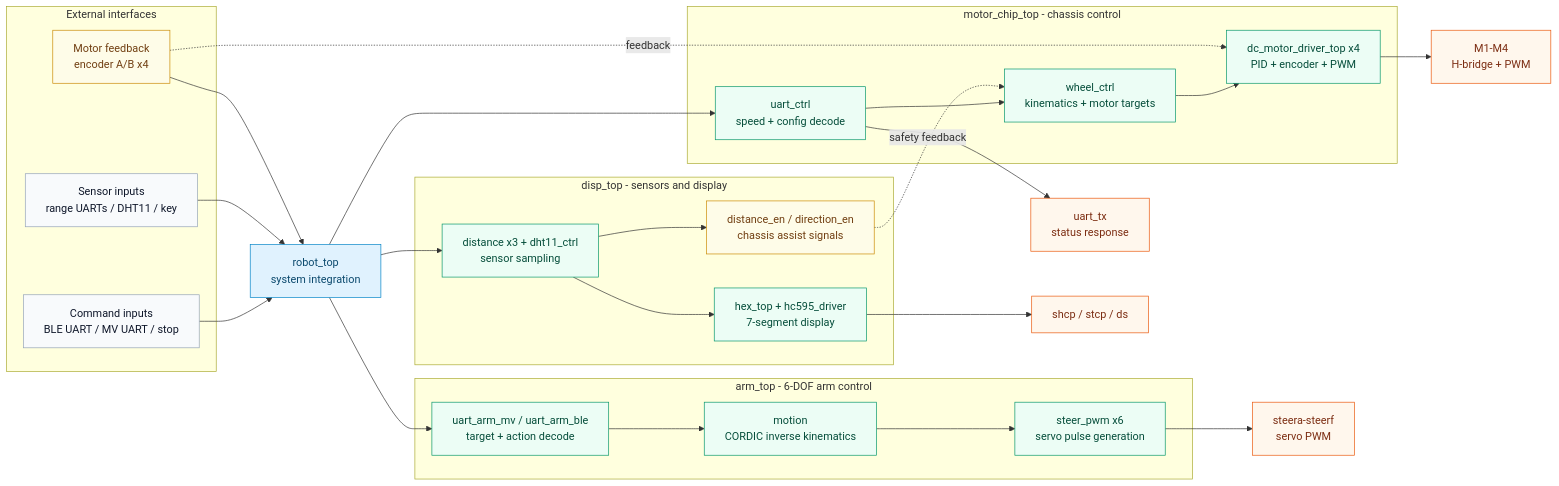
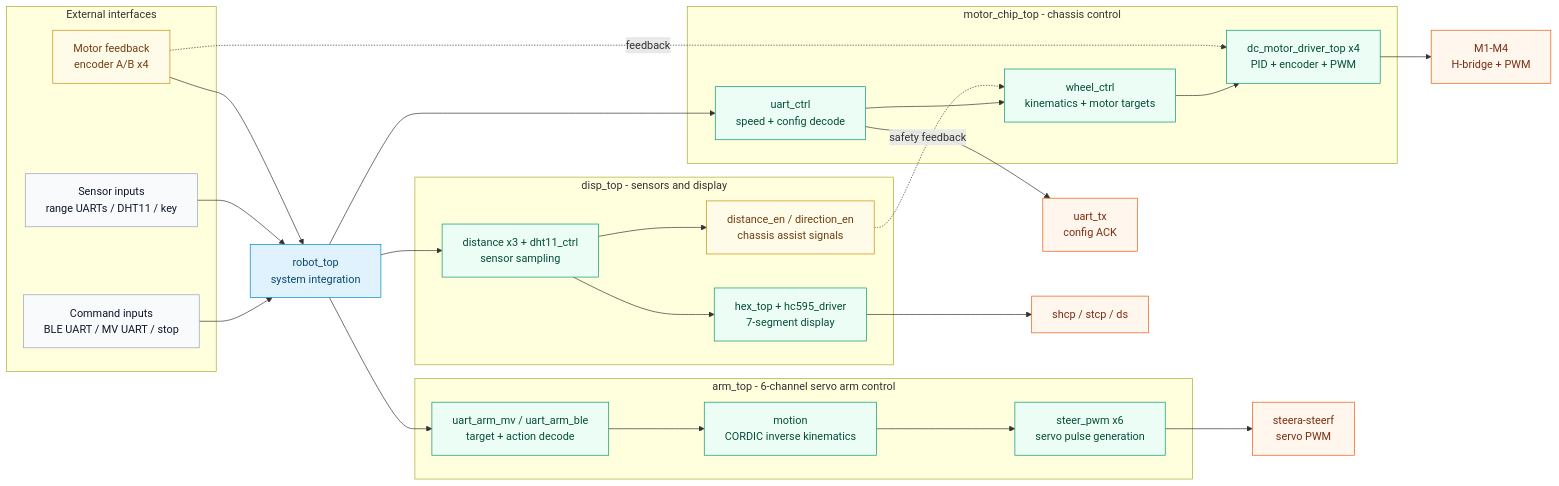
Before and after one commit to yifeistarwang-coder/RoboMotion-FPGA: the diagram in README.md, drawn with Mermaid. The commit also changed other lines of this file and 1 other file, not shown here.

````diff
--- a/README.md
+++ b/README.md
@@ -70,61 +70,61 @@
 ```mermaid
 flowchart LR
   classDef external fill:#f8fafc,stroke:#94a3b8,color:#0f172a;
   classDef top fill:#e0f2fe,stroke:#0284c7,color:#0c4a6e;
   classDef core fill:#ecfdf5,stroke:#059669,color:#064e3b;
   classDef output fill:#fff7ed,stroke:#ea580c,color:#7c2d12;
   classDef feedback fill:#fefce8,stroke:#ca8a04,color:#713f12;
 
   subgraph IN["External interfaces"]
     command_in["Command inputs<br/>BLE UART / MV UART / stop"]
     sensor_in["Sensor inputs<br/>range UARTs / DHT11 / key"]
     enc["Motor feedback<br/>encoder A/B x4"]
   end
 
   robot_top["robot_top<br/>system integration"]
 
   subgraph CHASSIS["motor_chip_top - chassis control"]
     chassis_uart["uart_ctrl<br/>speed + config decode"]
     wheel_ctrl["wheel_ctrl<br/>kinematics + motor targets"]
     motor_driver["dc_motor_driver_top x4<br/>PID + encoder + PWM"]
   end
 
-  subgraph ARM["arm_top - 6-DOF arm control"]
+  subgraph ARM["arm_top - 6-channel servo arm control"]
     arm_uart["uart_arm_mv / uart_arm_ble<br/>target + action decode"]
     arm_motion["motion<br/>CORDIC inverse kinematics"]
     servo_pwm["steer_pwm x6<br/>servo pulse generation"]
   end
 
   subgraph DISPLAY["disp_top - sensors and display"]
     sensing["distance x3 + dht11_ctrl<br/>sensor sampling"]
     display["hex_top + hc595_driver<br/>7-segment display"]
     guard["distance_en / direction_en<br/>chassis assist signals"]
   end
 
   command_in --> robot_top
   sensor_in --> robot_top
   enc --> robot_top
 
   robot_top --> chassis_uart
   chassis_uart --> wheel_ctrl
   wheel_ctrl --> motor_driver
   motor_driver --> motors["M1-M4<br/>H-bridge + PWM"]
   enc -. feedback .-> motor_driver
-  chassis_uart --> uart_tx["uart_tx<br/>status response"]
+  chassis_uart --> uart_tx["uart_tx<br/>config ACK"]
 
   robot_top --> arm_uart
   arm_uart --> arm_motion
   arm_motion --> servo_pwm
   servo_pwm --> servos["steera-steerf<br/>servo PWM"]
 
   robot_top --> sensing
   sensing --> display
   display --> panel["shcp / stcp / ds"]
   sensing --> guard -. safety feedback .-> wheel_ctrl
 
   class command_in,sensor_in external;
   class robot_top top;
   class chassis_uart,wheel_ctrl,motor_driver,arm_uart,arm_motion,servo_pwm,sensing,display,guard core;
   class motors,uart_tx,servos,panel output;
   class enc,guard feedback;
 ```
````
